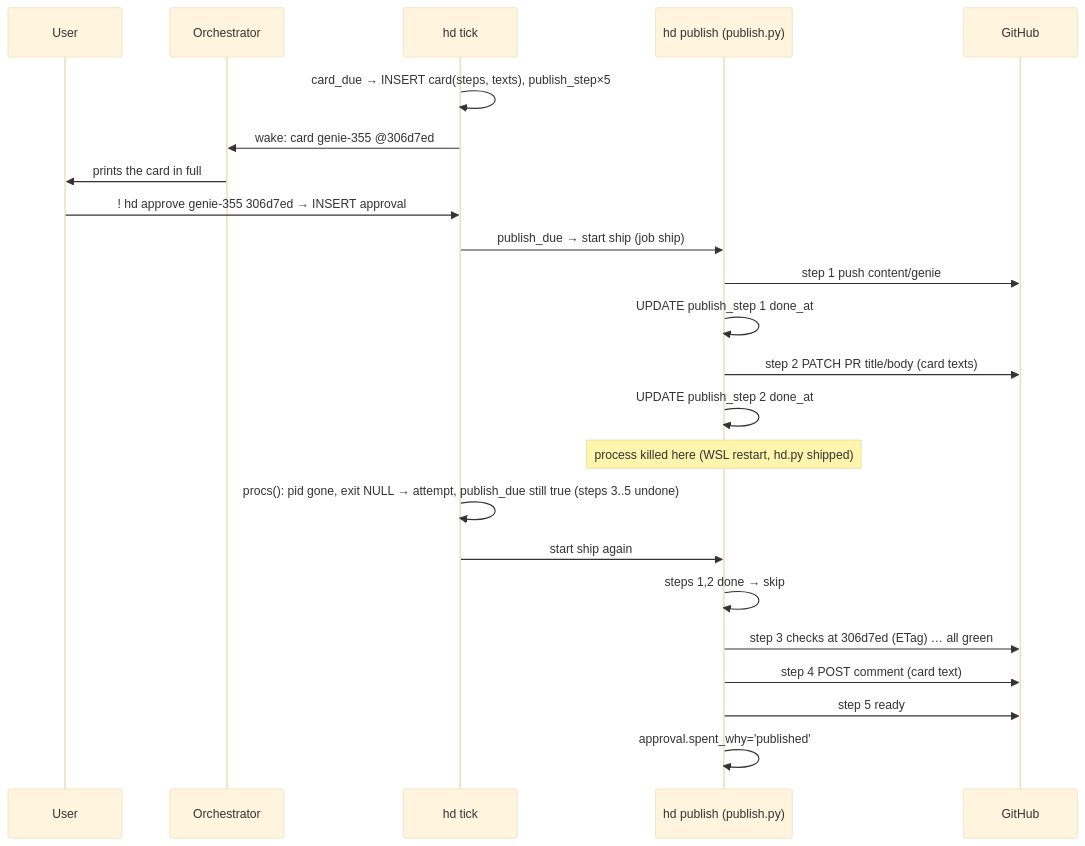
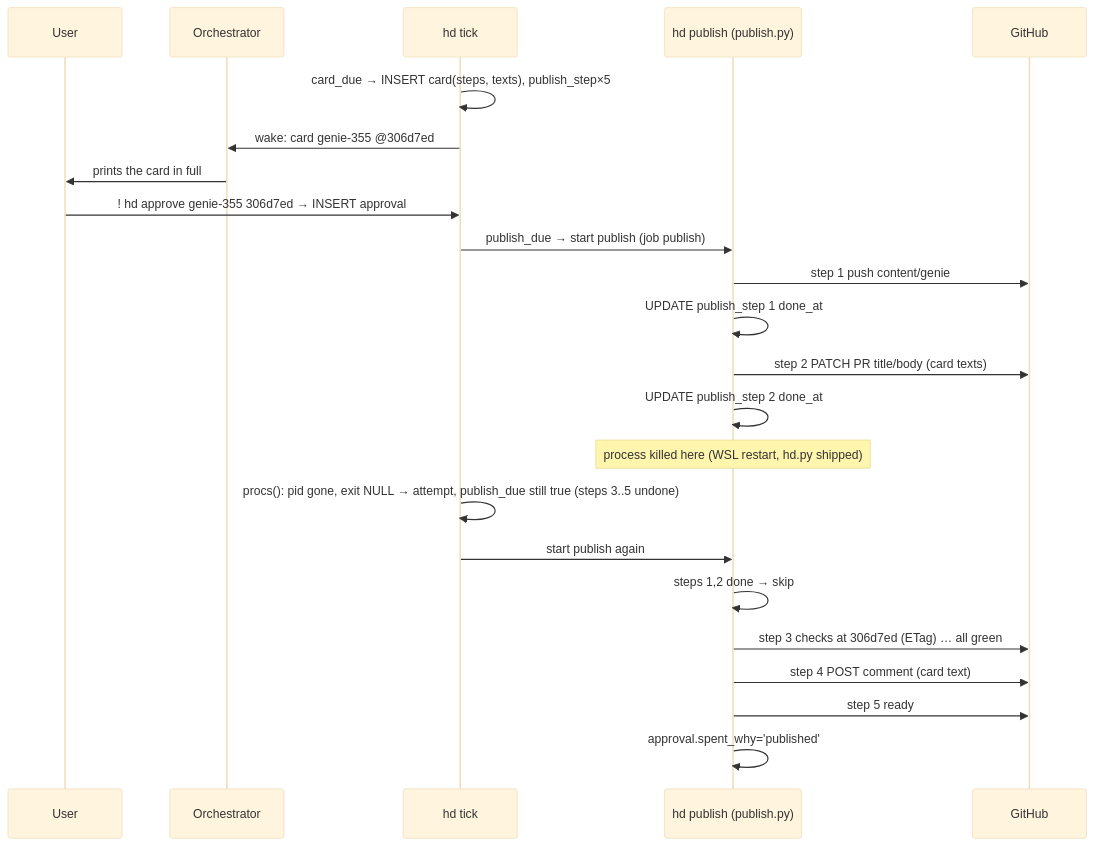
The fourth of 8 diagrams in docs/ARCHITECTURE.md (AlexPerrin/RuneHarness), drawn with Mermaid (base theme) before and after one commit. The commit also changed other lines of this file and 2 other files, not shown here.

Commit message:
docs: ARCHITECTURE proofread in the v9 vocabulary; ship (fast-forward of a live branch) named beside publish; job.kind gains ship; tools-head leftovers removed

````diff
--- a/docs/ARCHITECTURE.md
+++ b/docs/ARCHITECTURE.md
@@ -420,25 +421,25 @@
 ```mermaid
 sequenceDiagram
   participant U as User
   participant O as Orchestrator
   participant P as hd tick
   participant C as hd publish (publish.py)
   participant GH as GitHub
   P->>P: card_due → INSERT card(steps, texts), publish_step×5
   P->>O: wake: card genie-355 @306d7ed
   O->>U: prints the card in full
   U->>P: ! hd approve genie-355 306d7ed → INSERT approval
-  P->>C: publish_due → start ship (job ship)
+  P->>C: publish_due → start publish (job publish)
   C->>GH: step 1 push content/genie
   C->>C: UPDATE publish_step 1 done_at
   C->>GH: step 2 PATCH PR title/body (card texts)
   C->>C: UPDATE publish_step 2 done_at
   Note over C: process killed here (WSL restart, hd.py shipped)
   P->>P: procs(): pid gone, exit NULL → attempt, publish_due still true (steps 3..5 undone)
-  P->>C: start ship again
+  P->>C: start publish again
   C->>C: steps 1,2 done → skip
   C->>GH: step 3 checks at 306d7ed (ETag) … all green
   C->>GH: step 4 POST comment (card text)
   C->>GH: step 5 ready
   C->>C: approval.spent_why='published'
 ```
````
